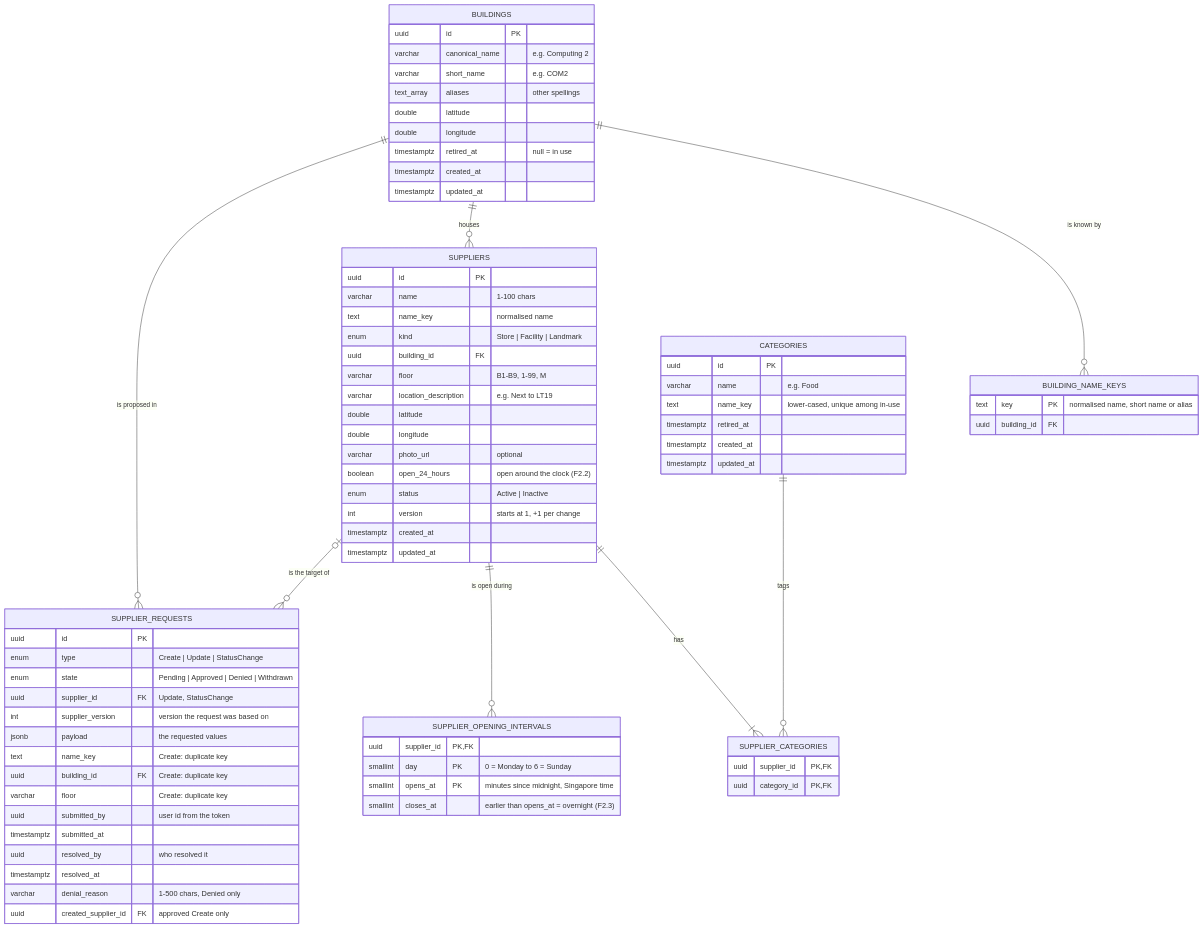
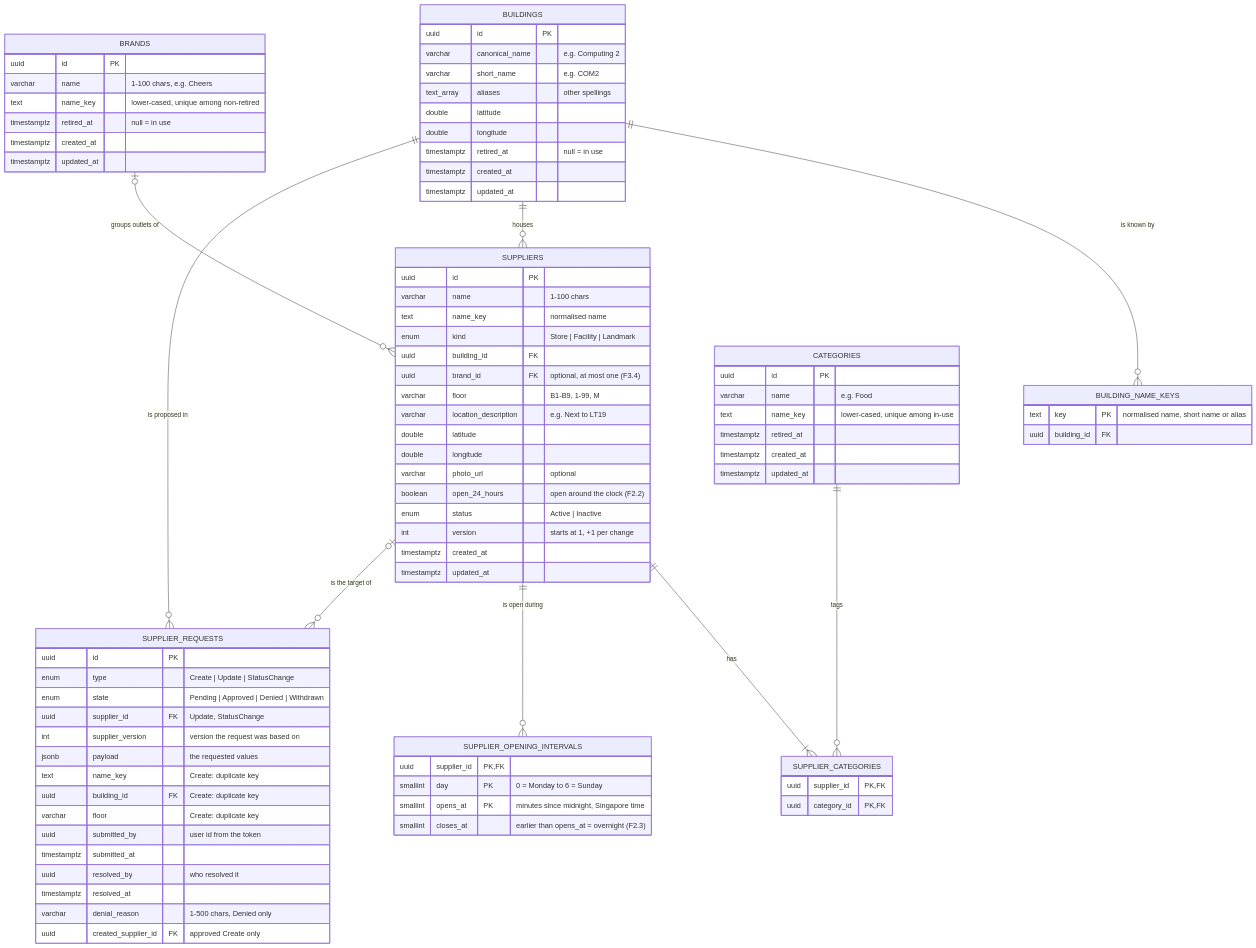
The first of 5 diagrams in supplier-service/README.md (AY2627S1-CS3219-P27/FoC), drawn with Mermaid before and after one commit. The commit also changed other lines of this file and 2 other files, not shown here.

First line of the commit message:
Document brands; add Postman folder 7

```diff
--- a/supplier-service/README.md
+++ b/supplier-service/README.md
@@ -92,6 +92,7 @@
     BUILDINGS ||--o{ SUPPLIERS : "houses"
     SUPPLIERS ||--|{ SUPPLIER_CATEGORIES : "has"
     CATEGORIES ||--o{ SUPPLIER_CATEGORIES : "tags"
+    BRANDS |o--o{ SUPPLIERS : "groups outlets of"
     SUPPLIERS ||--o{ SUPPLIER_OPENING_INTERVALS : "is open during"
 
     BUILDINGS {
@@ -109,6 +110,14 @@
         text key PK "normalised name, short name or alias"
         uuid building_id FK
     }
+    BRANDS {
+        uuid id PK
+        varchar name "1-100 chars, e.g. Cheers"
+        text name_key "lower-cased, unique among non-retired"
+        timestamptz retired_at "null = in use"
+        timestamptz created_at
+        timestamptz updated_at
+    }
     CATEGORIES {
         uuid id PK
         varchar name "e.g. Food"
@@ -123,6 +132,7 @@
         text name_key "normalised name"
         enum kind "Store | Facility | Landmark"
         uuid building_id FK
+        uuid brand_id FK "optional, at most one (F3.4)"
         varchar floor "B1-B9, 1-99, M"
         varchar location_description "e.g. Next to LT19"
         double latitude
```
